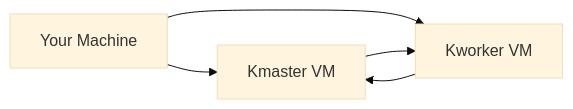
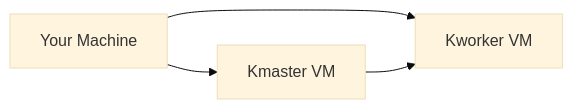
The diagram in README.md (jatin-2k/kubernetes-lab), drawn with Mermaid (base theme) before and after one commit. The commit also changed other lines of this file, not shown here.

````diff
--- a/README.md
+++ b/README.md
@@ -9,7 +9,6 @@
 ```mermaid
 graph LR
     A[Your Machine] --> B[Kmaster VM]
     A --> C[Kworker VM]
     B --> C
-    C --> B
 ```
````
